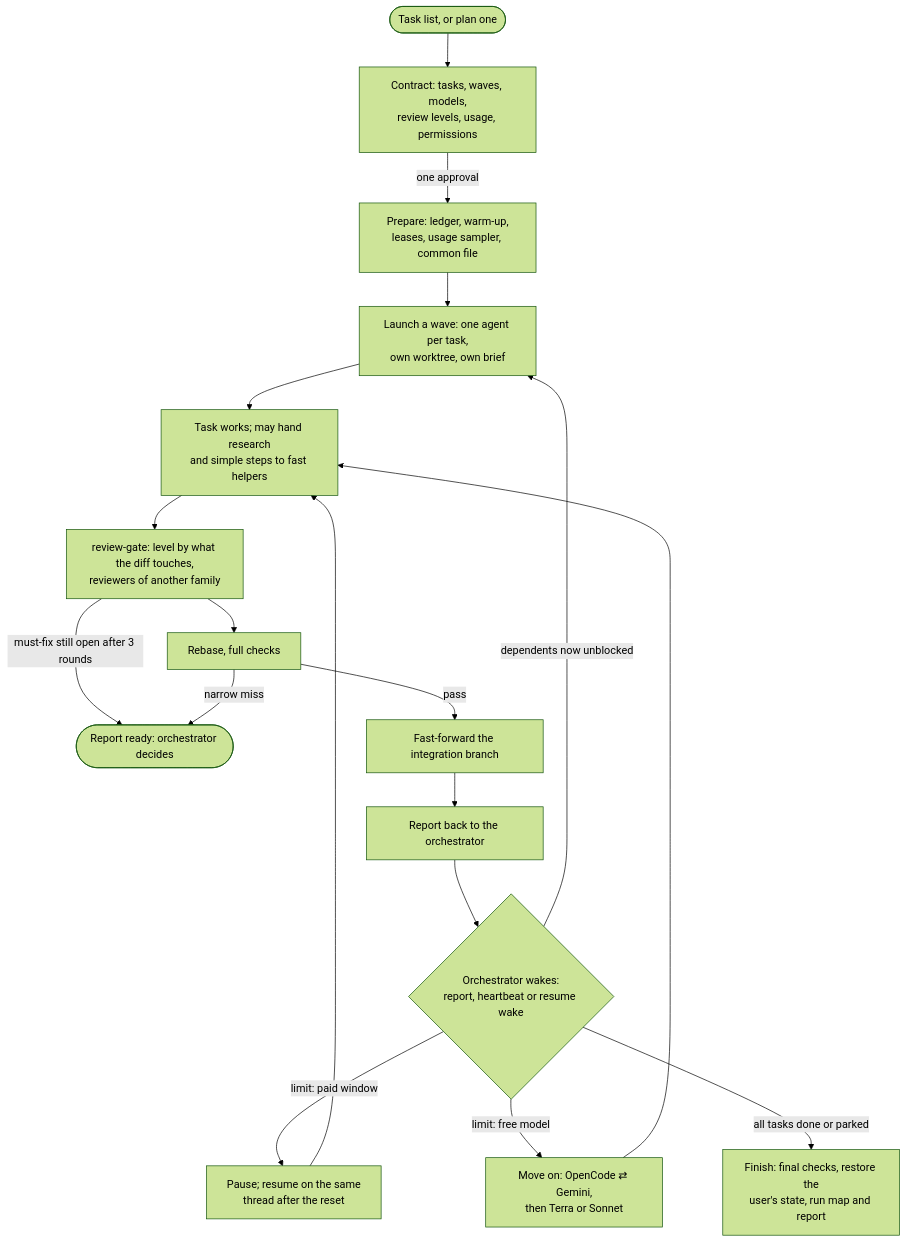
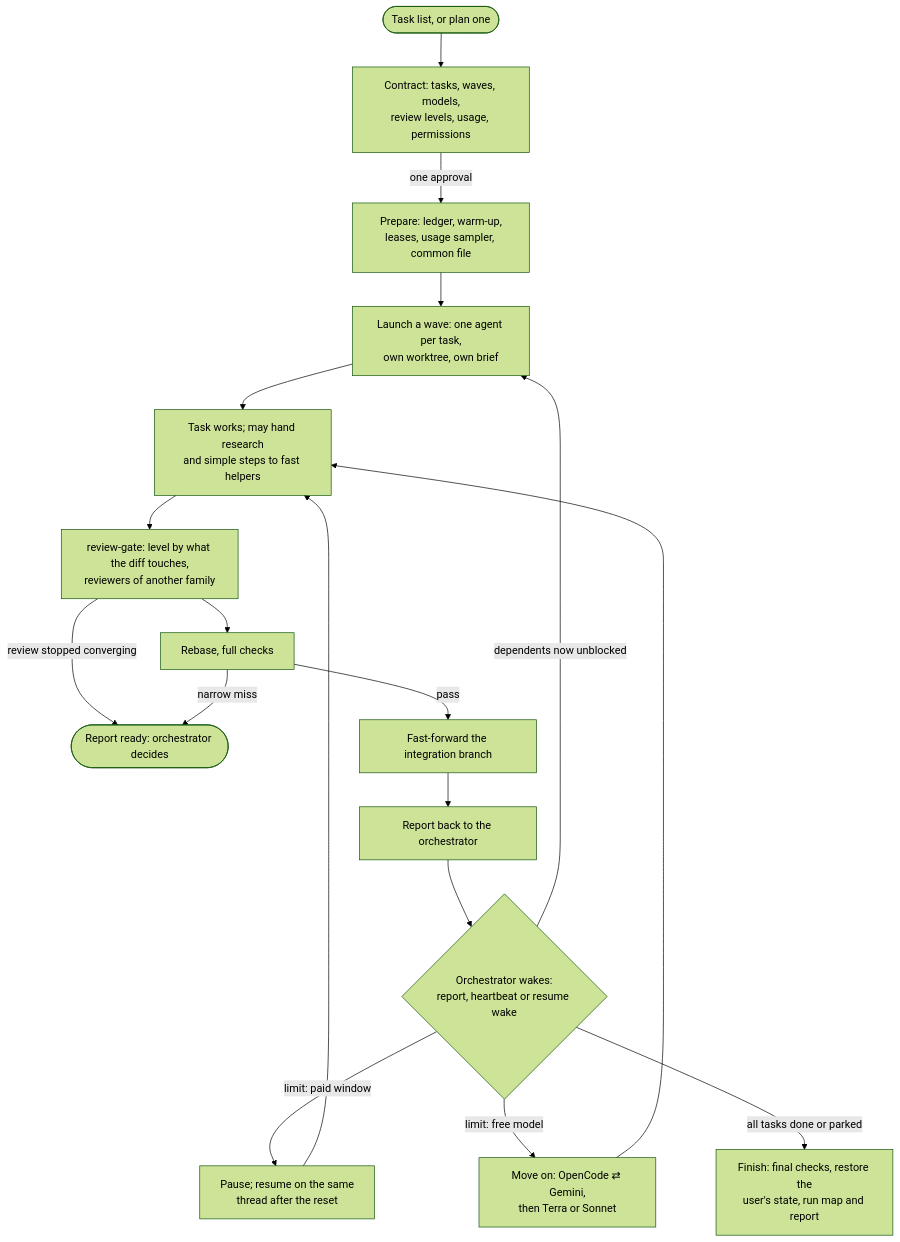
The diagram in docs/skills/long-horizon-orchestrator/README.md (kristianbonnici/agent-skills), drawn with Mermaid (forest theme) before and after one commit. The commit also changed 6 other files, not shown here.

````diff
--- a/docs/skills/long-horizon-orchestrator/README.md
+++ b/docs/skills/long-horizon-orchestrator/README.md
@@ -9,20 +9,20 @@
 ```mermaid
 flowchart TD
   plan([Task list, or plan one]) --> contract["Contract: tasks, waves, models,<br/>review levels, usage, permissions"]
   contract -->|one approval| prep["Prepare: ledger, warm-up,<br/>leases, usage sampler, common file"]
   prep --> launch["Launch a wave: one agent per task,<br/>own worktree, own brief"]
   launch --> work["Task works; may hand research<br/>and simple steps to fast helpers"]
   work --> gate["review-gate: level by what the diff touches,<br/>reviewers of another family"]
-  gate -->|must-fix still open after 3 rounds| ready([Report ready: orchestrator decides])
+  gate -->|review stopped converging| ready([Report ready: orchestrator decides])
   gate --> checks["Rebase, full checks"]
   checks -->|pass| merge["Fast-forward the integration branch"]
   checks -->|narrow miss| ready
   merge --> report["Report back to the orchestrator"]
   report --> wake{"Orchestrator wakes:<br/>report, heartbeat or resume wake"}
   wake -->|dependents now unblocked| launch
   wake -->|"limit: paid window"| pause["Pause; resume on the same<br/>thread after the reset"]
   pause --> work
   wake -->|"limit: free model"| move["Move on: OpenCode ⇄ Gemini,<br/>then Terra or Sonnet"]
   move --> work
   wake -->|all tasks done or parked| finish["Finish: final checks, restore the<br/>user's state, run map and report"]
 ```
````
